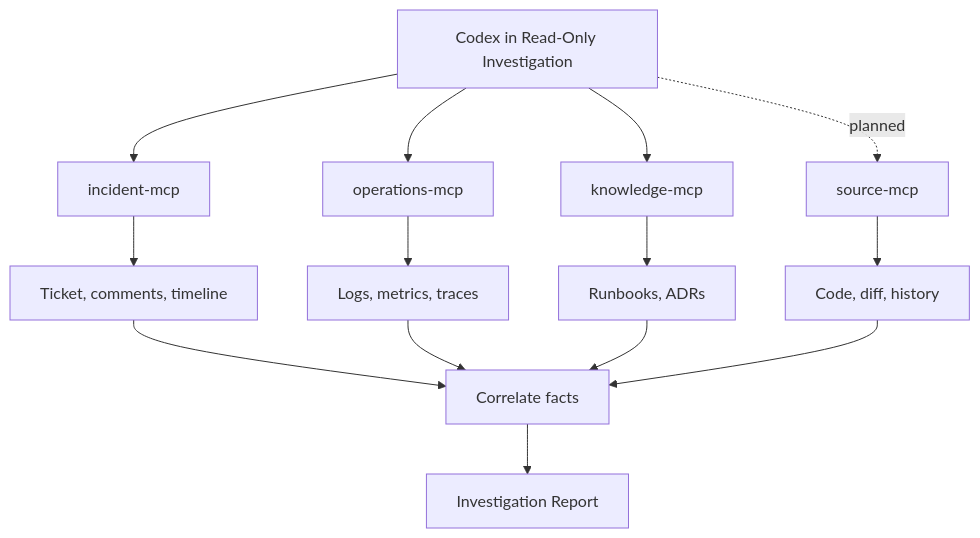
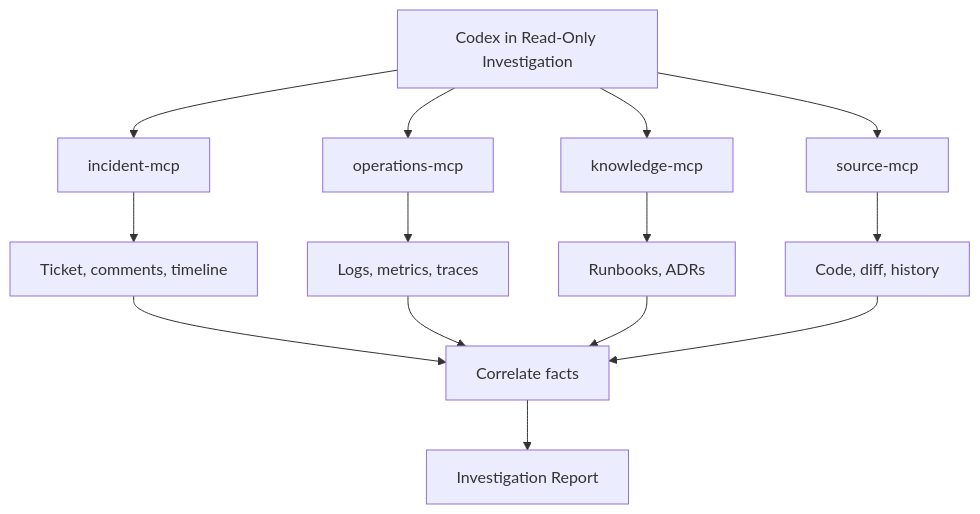
Before and after one commit to brenoacker/incident-investigator: the fifth of 9 diagrams in docs/system-workflow.md, drawn with Mermaid. The commit also changed other lines of this file and 8 other files, not shown here.

Commit message:
feat: add read-only source evidence MCP

````diff
--- a/docs/system-workflow.md
+++ b/docs/system-workflow.md
@@ -146,16 +146,16 @@
 ```mermaid
 flowchart TD
     Codex[Codex in Read-Only Investigation] --> Incident[incident-mcp]
     Codex --> Operations[operations-mcp]
     Codex --> Knowledge[knowledge-mcp]
-    Codex -. planned .-> Source[source-mcp]
+    Codex --> Source[source-mcp]
     Incident --> I[Ticket, comments, timeline]
     Operations --> O[Logs, metrics, traces]
     Knowledge --> K[Runbooks, ADRs]
     Source --> S[Code, diff, history]
     I --> Correlate[Correlate facts]
     O --> Correlate
     K --> Correlate
     S --> Correlate
     Correlate --> Report[Investigation Report]
 ```
````
